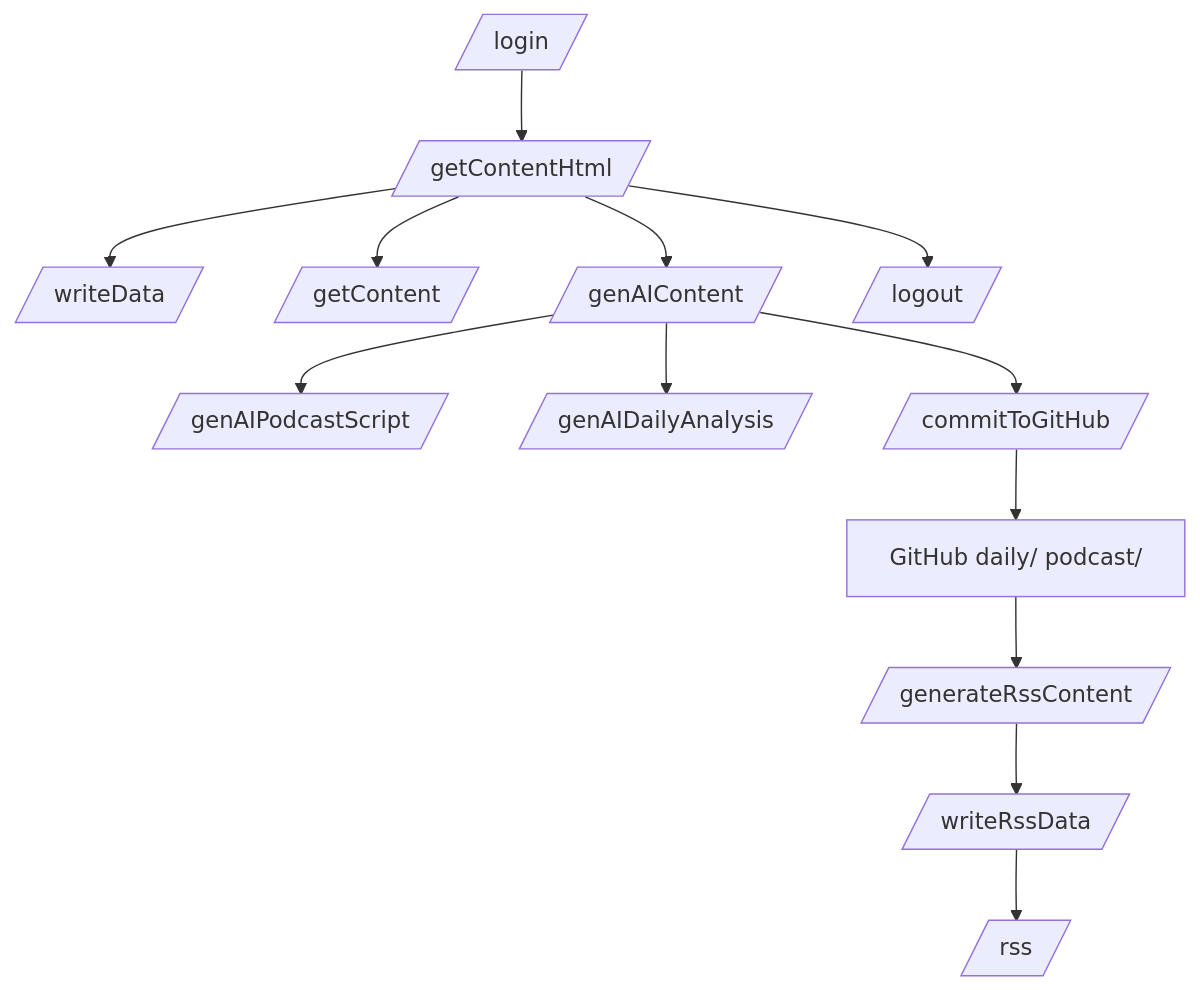
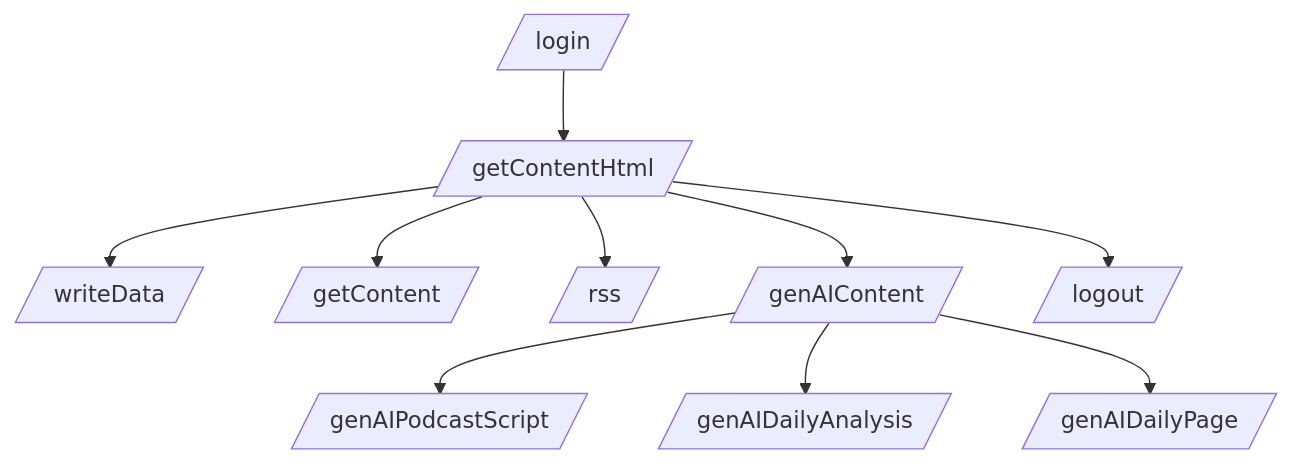
The first of 2 diagrams in docs/API_ROUTES.md (wenson/CloudFlare-AI-Insight-Daily), drawn with Mermaid before and after one commit. The commit also changed other lines of this file and 19 other files, not shown here.

````diff
--- a/docs/API_ROUTES.md
+++ b/docs/API_ROUTES.md
@@ -11,18 +11,14 @@
 ```mermaid
 flowchart TD
     A[/login/] --> B[/getContentHtml/]
     B --> C[/writeData/]
     B --> D[/getContent/]
+    B --> J[/rss/]
     B --> E[/genAIContent/]
 
     E --> F[/genAIPodcastScript/]
     E --> G[/genAIDailyAnalysis/]
-    E --> H[/commitToGitHub/]
+    E --> H[/genAIDailyPage/]
 
-    H --> I[GitHub daily/ podcast/]
-    I --> J[/generateRssContent/]
-    J --> K[/writeRssData/]
-    K --> L[/rss/]
-
-    B --> M[/logout/]
+    B --> I[/logout/]
 ```
````
